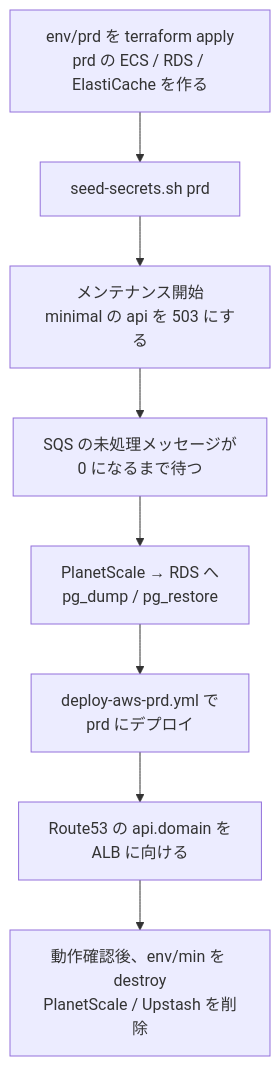
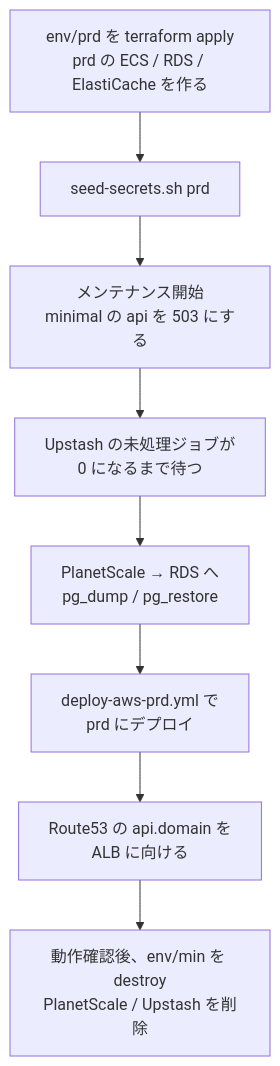
One commit to kentakki416/project-template changed the diagram in docs/spec/minimal-deploy/deferred-migrate-to-standard.md. Above: the diagram before and after it, drawn with Mermaid. The commit also changed other lines of this file and 10 other files, not shown here.

````diff
--- a/docs/spec/minimal-deploy/deferred-migrate-to-standard.md
+++ b/docs/spec/minimal-deploy/deferred-migrate-to-standard.md
@@ -29,10 +29,10 @@
 ```mermaid
 flowchart TD
     A[env/prd を terraform apply<br/>prd の ECS / RDS / ElastiCache を作る] --> B[seed-secrets.sh prd]
     B --> C[メンテナンス開始<br/>minimal の api を 503 にする]
-    C --> D[SQS の未処理メッセージが<br/>0 になるまで待つ]
+    C --> D[Upstash の未処理ジョブが<br/>0 になるまで待つ]
     D --> E[PlanetScale → RDS へ<br/>pg_dump / pg_restore]
     E --> F[deploy-aws-prd.yml で<br/>prd にデプロイ]
     F --> G[Route53 の api.domain を<br/>ALB に向ける]
     G --> H[動作確認後、env/min を destroy<br/>PlanetScale / Upstash を削除]
 ```
````
